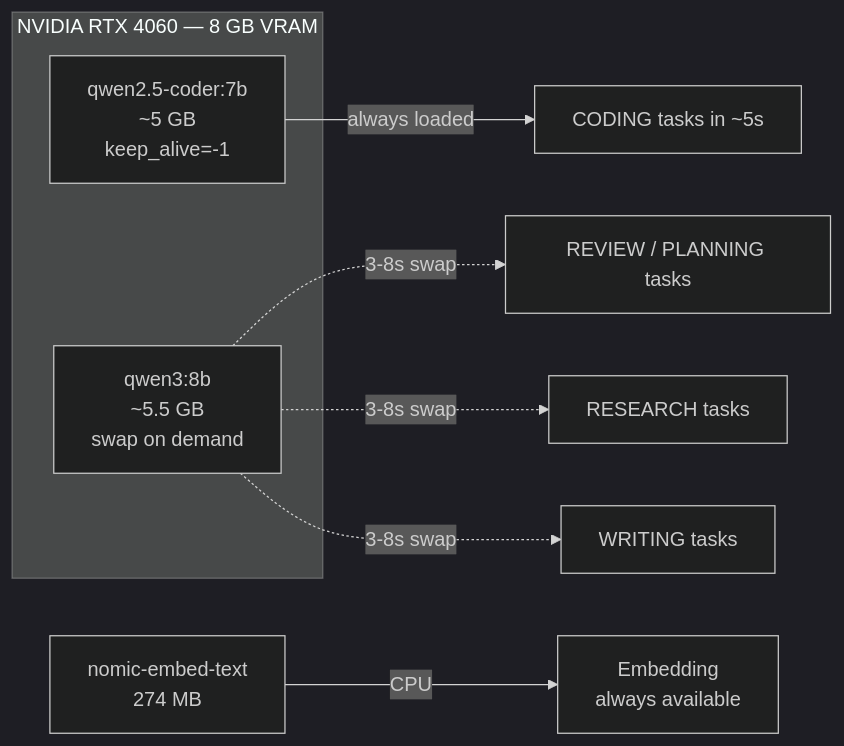
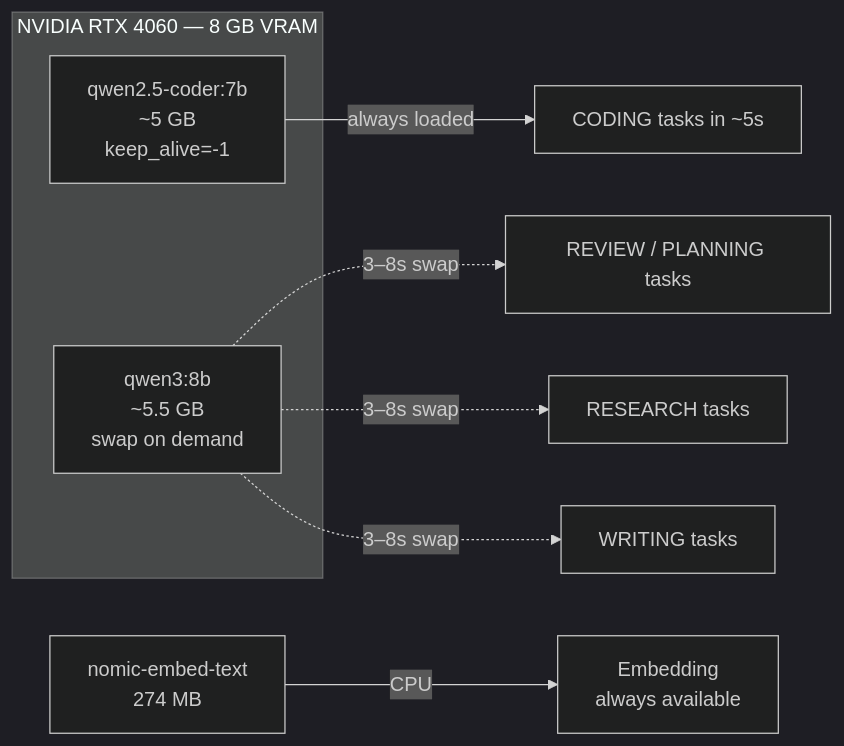
The fourth of 4 diagrams in content/blog/building-local-first-agentic-ai-software-factory.md (leandroalveso/leandroalveso.github.io), drawn with Mermaid (dark theme) before and after one commit. The commit also changed other lines of this file and 50 other files, not shown here.

````diff
--- a/content/blog/building-local-first-agentic-ai-software-factory.md
+++ b/content/blog/building-local-first-agentic-ai-software-factory.md
@@ -249,14 +239,14 @@
 ```mermaid
 flowchart LR
     subgraph GPU["NVIDIA RTX 4060 — 8 GB VRAM"]
         C[qwen2.5-coder:7b<br/>~5 GB<br/>keep_alive=-1]
         W[qwen3:8b<br/>~5.5 GB<br/>swap on demand]
     end
     
     C -->|always loaded| Code[CODING tasks in ~5s]
-    W -.->|3-8s swap| Review[REVIEW / PLANNING tasks]
-    W -.->|3-8s swap| Research[RESEARCH tasks]
-    W -.->|3-8s swap| Writing[WRITING tasks]
+    W -.->|3–8s swap| Review[REVIEW / PLANNING tasks]
+    W -.->|3–8s swap| Research[RESEARCH tasks]
+    W -.->|3–8s swap| Writing[WRITING tasks]
     
     E[nomic-embed-text<br/>274 MB] -->|CPU| Embed[Embedding<br/>always available]
 ```
````
